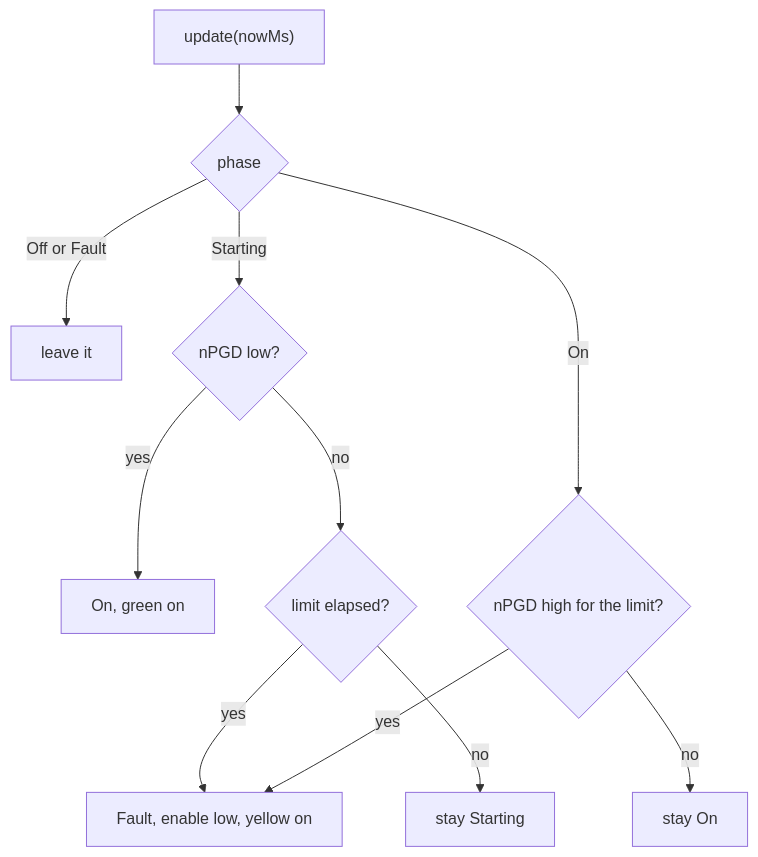
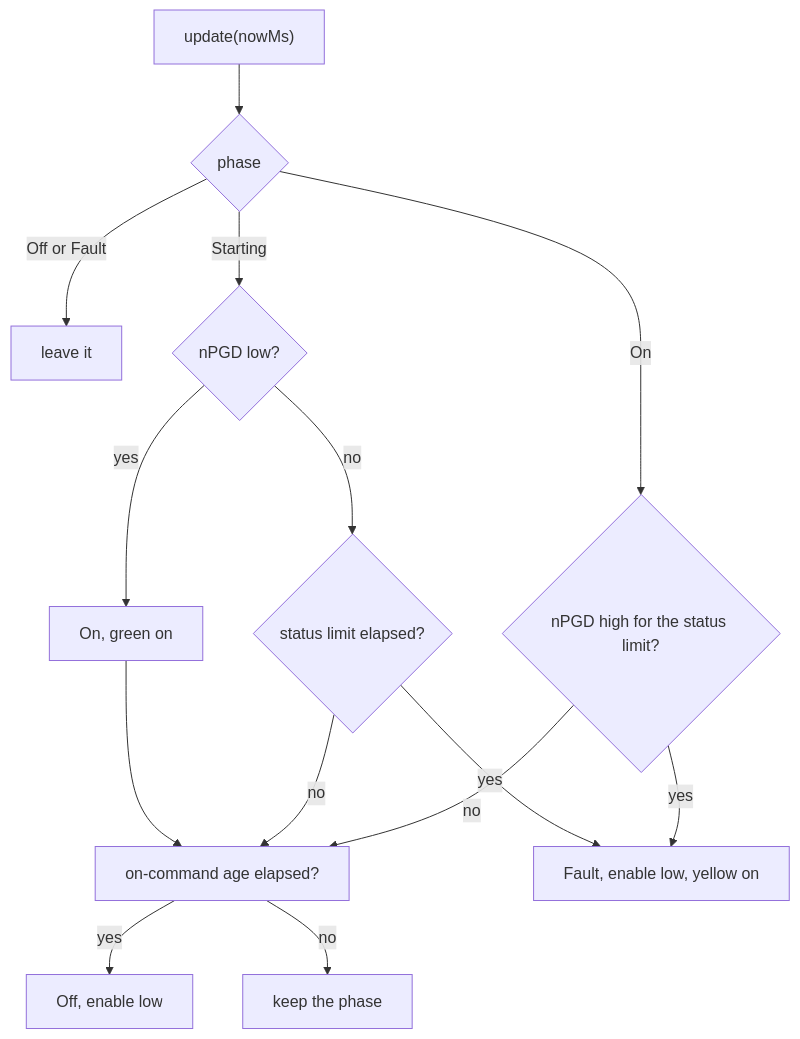
Before and after one commit to WiddleWabbit/MQTT-Module-PumpController: the diagram in Firmware/docs/pump.md, drawn with Mermaid. The commit also changed other lines of this file and 13 other files, not shown here.

Commit message:
Updated firmware to keep a timeout of no on command received. After 3 minutes automatically turn off the pump.

````diff
--- a/Firmware/docs/pump.md
+++ b/Firmware/docs/pump.md
@@ -33,13 +37,16 @@
 ```mermaid
 flowchart TD
   upd["update(nowMs)"] --> phase{"phase"}
   phase -->|Off or Fault| hold["leave it"]
   phase -->|Starting| low{"nPGD low?"}
   low -->|yes| on["On, green on"]
-  low -->|no| due{"limit elapsed?"}
+  on --> age
+  low -->|no| due{"status limit elapsed?"}
   due -->|yes| fault["Fault, enable low, yellow on"]
-  due -->|no| wait["stay Starting"]
-  phase -->|On| high{"nPGD high for the limit?"}
+  due -->|no| age
+  phase -->|On| high{"nPGD high for the status limit?"}
   high -->|yes| fault
-  high -->|no| stay["stay On"]
+  high -->|no| age["on-command age elapsed?"]
+  age -->|yes| cmdOff["Off, enable low"]
+  age -->|no| stay["keep the phase"]
 ```
````
